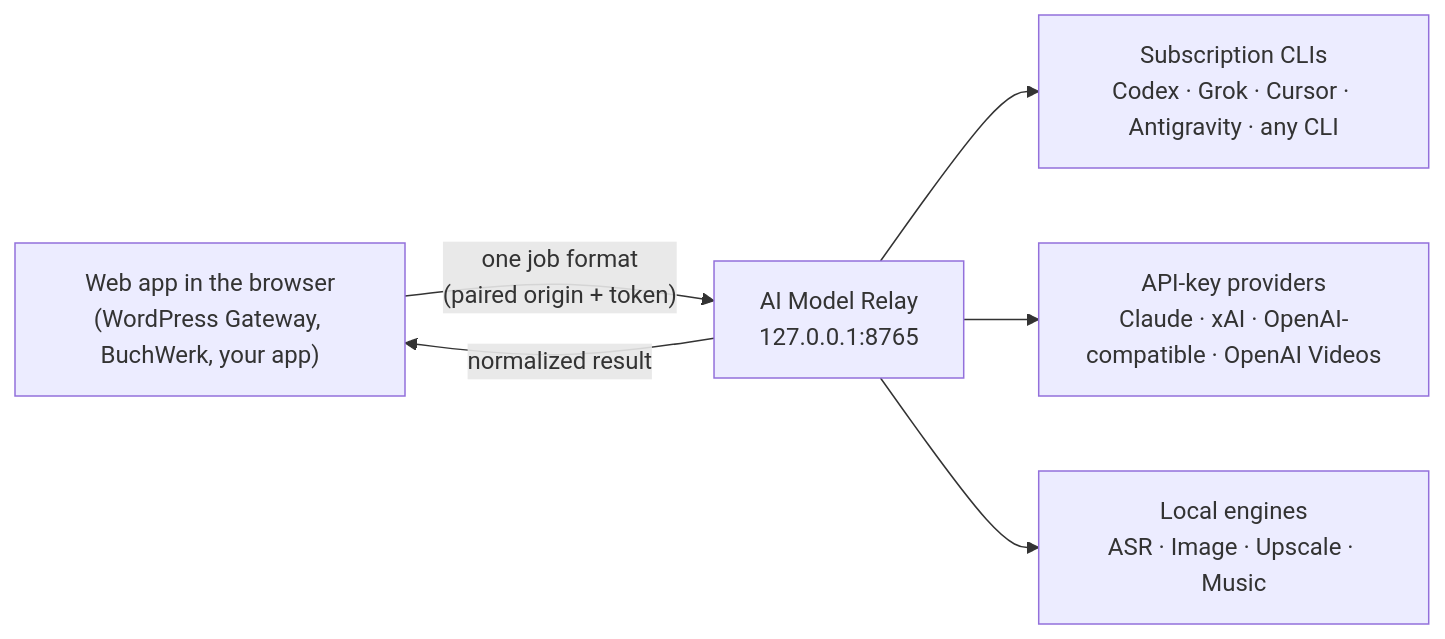
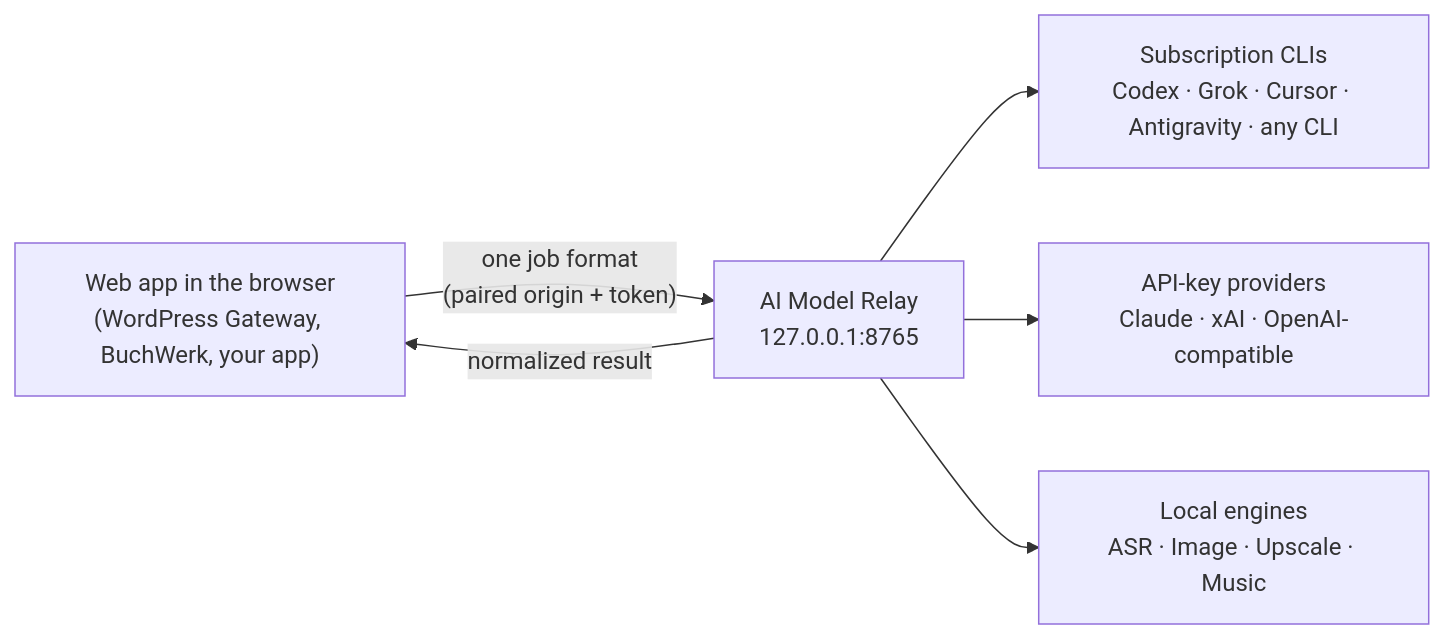
One commit to alorbach/ai-model-relay changed the diagram in README.md. Above: the diagram before and after it, drawn with Mermaid. The commit also changed other lines of this file and 17 other files, not shown here.

First line of the commit message:
Remove the OpenAI Videos (Sora) driver

````diff
--- a/README.md
+++ b/README.md
@@ -29,14 +29,14 @@
 ```mermaid
 flowchart LR
     App["Web app in the browser<br/>(WordPress Gateway, BuchWerk, your app)"]
     Relay["AI Model Relay<br/>127.0.0.1:8765"]
     CLI["Subscription CLIs<br/>Codex · Grok · Cursor · Antigravity · any CLI"]
-    API["API-key providers<br/>Claude · xAI · OpenAI-compatible · OpenAI Videos"]
+    API["API-key providers<br/>Claude · xAI · OpenAI-compatible"]
     Local["Local engines<br/>ASR · Image · Upscale · Music"]
 
     App -- "one job format<br/>(paired origin + token)" --> Relay
     Relay --> CLI
     Relay --> API
     Relay --> Local
     Relay -- "normalized result" --> App
 ```
````
